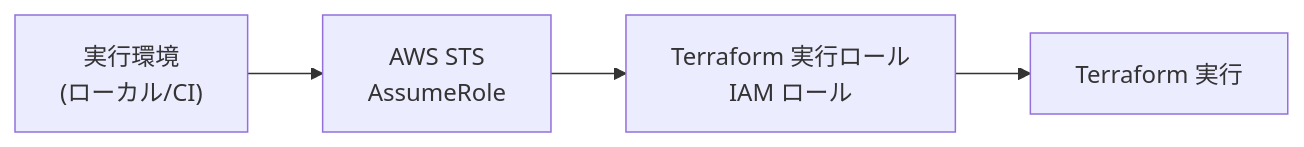
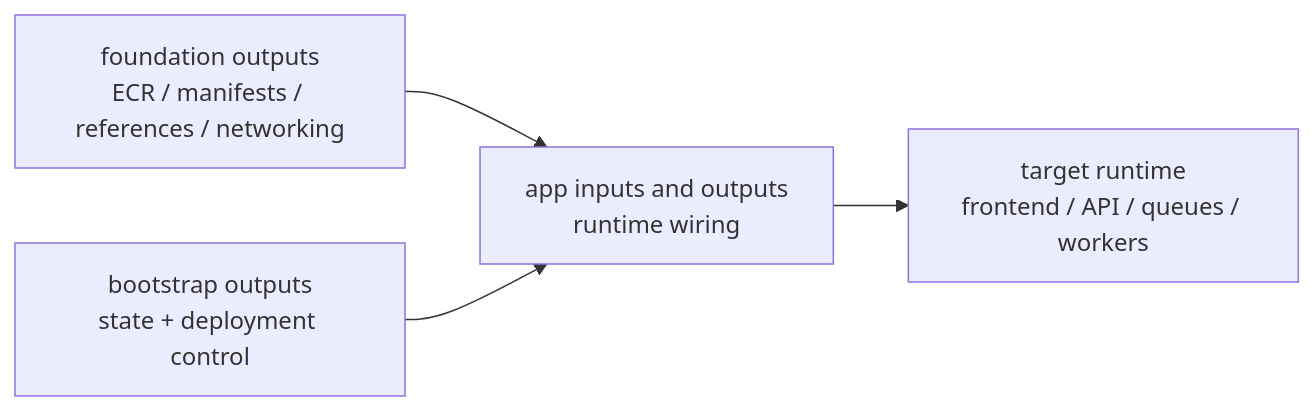
Before and after one commit to hwatanabe-jp/stark-ballot-simulator-public: the second of 2 diagrams in public-book/src/aws/terraform.md, drawn with Mermaid. The commit also changed other lines of this file and 1491 other files, not shown here.

````diff
--- a/public-book/src/aws/terraform.md
+++ b/public-book/src/aws/terraform.md
@@ -93,6 +128,11 @@
 ```mermaid
 flowchart LR
-  EXEC["実行環境<br/>(ローカル/CI)"] --> STS["AWS STS<br/>AssumeRole"]
-  STS --> ROLE["Terraform 実行ロール<br/>IAM ロール"]
-  ROLE --> TF["Terraform 実行"]
+  FOUND["foundation outputs<br/>ECR / manifests / references / networking"]
+  BOOT["bootstrap outputs<br/>state + deployment control"]
+  APP["app inputs and outputs<br/>runtime wiring"]
+  RUN["target runtime<br/>frontend / API / queues / workers"]
+
+  FOUND --> APP
+  BOOT --> APP
+  APP --> RUN
 ```
````
